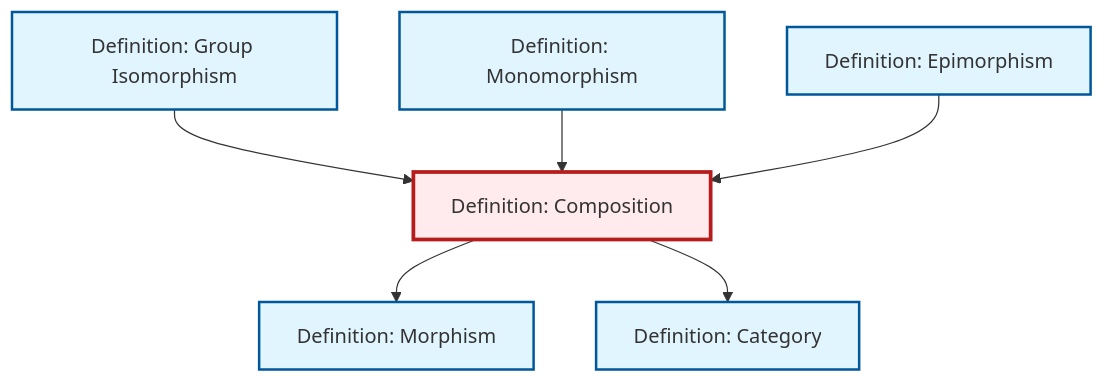
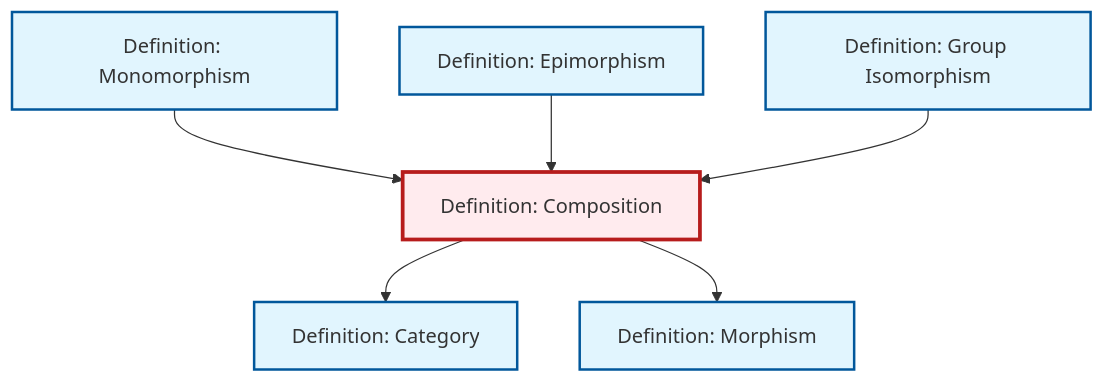
The diagram in content/ja/category-theory/def-composition.qmd (RK0429/ModernMath), drawn with Mermaid before and after one commit. The commit also changed other lines of this file and 654 other files, not shown here.

````diff
--- a/content/ja/category-theory/def-composition.qmd
+++ b/content/ja/category-theory/def-composition.qmd
@@ -93,26 +93,26 @@
 ```{mermaid}
 %%| fig-cap: "Local dependency graph"
 graph TD
     classDef definition fill:#e1f5fe,stroke:#01579b,stroke-width:2px
     classDef theorem fill:#f3e5f5,stroke:#4a148c,stroke-width:2px
     classDef axiom fill:#fff3e0,stroke:#e65100,stroke-width:2px
     classDef example fill:#e8f5e9,stroke:#1b5e20,stroke-width:2px
     classDef current fill:#ffebee,stroke:#b71c1c,stroke-width:3px
+    def-isomorphism["Definition: Group Isomorphism"]:::definition
+    def-epimorphism["Definition: Epimorphism"]:::definition
     def-category["Definition: Category"]:::definition
+    def-morphism["Definition: Morphism"]:::definition
     def-composition["Definition: Composition"]:::definition
-    def-epimorphism["Definition: Epimorphism"]:::definition
     def-monomorphism["Definition: Monomorphism"]:::definition
-    def-isomorphism["Definition: Group Isomorphism"]:::definition
-    def-morphism["Definition: Morphism"]:::definition
+    def-composition --> def-category
+    def-monomorphism --> def-composition
+    def-epimorphism --> def-composition
+    def-composition --> def-morphism
     def-isomorphism --> def-composition
-    def-composition --> def-morphism
-    def-monomorphism --> def-composition
-    def-composition --> def-category
-    def-epimorphism --> def-composition
     class def-composition current
+    click def-isomorphism "def-isomorphism.html" "Definition: Group Isomorphismへ"
+    click def-epimorphism "def-epimorphism.html" "Definition: Epimorphismへ"
     click def-category "def-category.html" "Definition: Categoryへ"
-    click def-epimorphism "def-epimorphism.html" "Definition: Epimorphismへ"
+    click def-morphism "def-morphism.html" "Definition: Morphismへ"
     click def-monomorphism "def-monomorphism.html" "Definition: Monomorphismへ"
-    click def-isomorphism "def-isomorphism.html" "Definition: Group Isomorphismへ"
-    click def-morphism "def-morphism.html" "Definition: Morphismへ"
 ```
````
